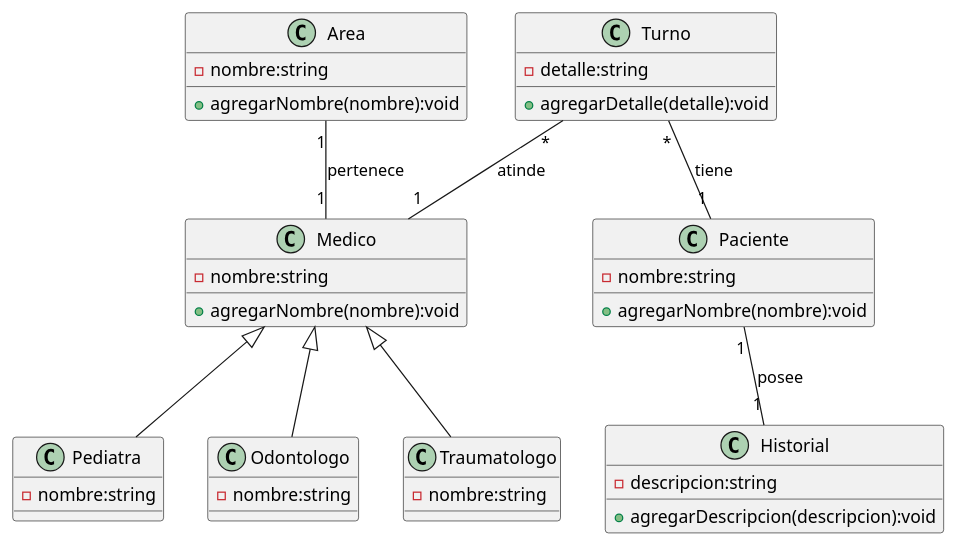
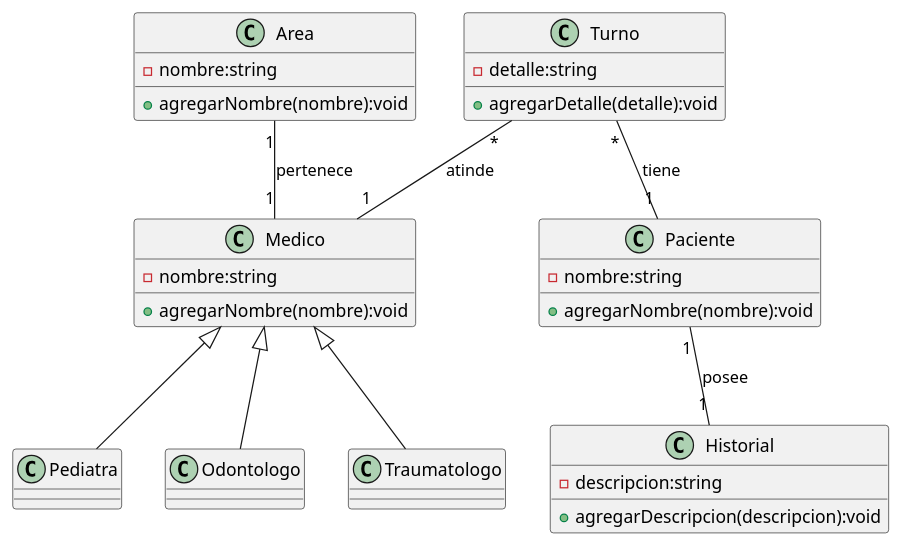
The diagram in src/Ejercicio3/Hospital.puml (walternores/Repartido5), drawn with PlantUML before and after one commit. The commit also changed 2 other files, not shown here.

Commit message:
2do envio especializacion UML

```diff
--- a/src/Ejercicio3/Hospital.puml
+++ b/src/Ejercicio3/Hospital.puml
@@ -1,41 +1,41 @@
 @startuml
 
 class Area {
 -nombre:string
 +agregarNombre(nombre):void
 }
 class Medico {
 -nombre:string
 +agregarNombre(nombre):void
 }
 class Pediatra extends Medico{
--nombre:string
+
 }
 class Odontologo extends Medico{
--nombre:string
+
 }
 class Traumatologo extends Medico{
--nombre:string
+
 }
 class Turno {
 -detalle:string
 +agregarDetalle(detalle):void
 }
 
 class Paciente {
 -nombre:string
 +agregarNombre(nombre):void
 }
 
 class Historial {
 -descripcion:string
 +agregarDescripcion(descripcion):void
 }
 
 
 
 Paciente "1" -- "1" Historial : posee
 Turno "*" -- "1" Paciente : tiene
 Turno "*" -- "1" Medico : atinde
 Area "1" -- "1" Medico : pertenece
 @enduml
```
